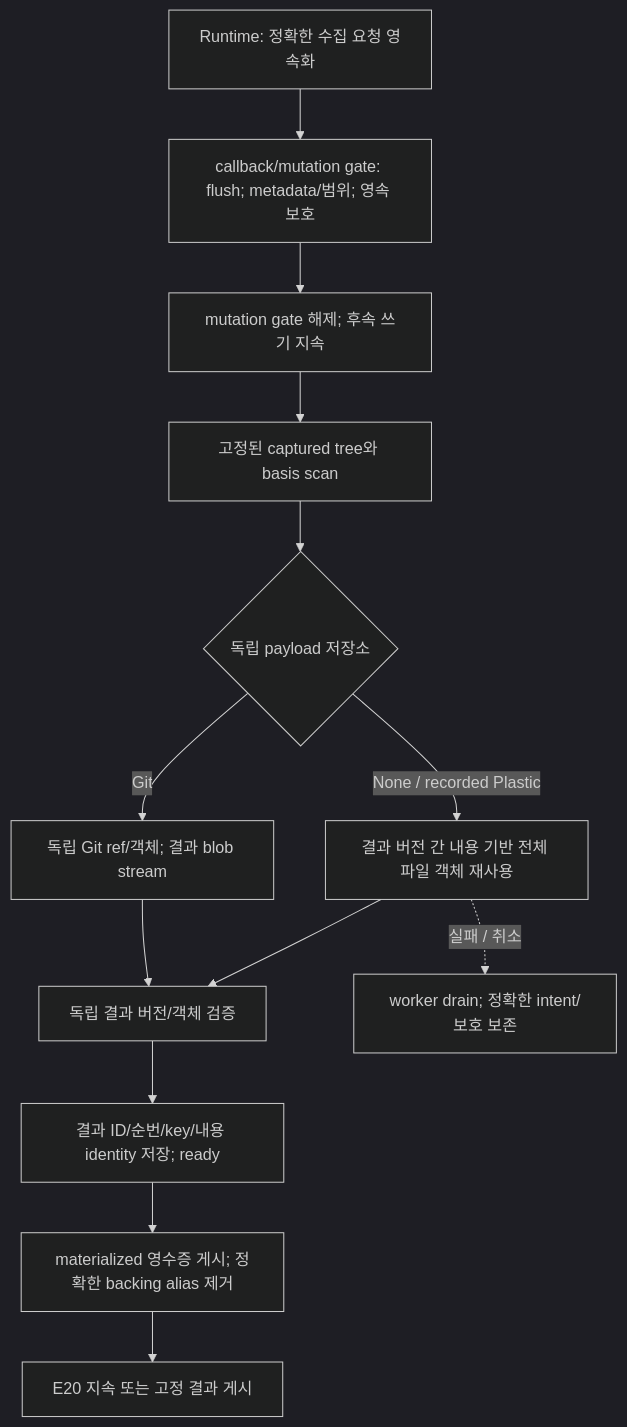
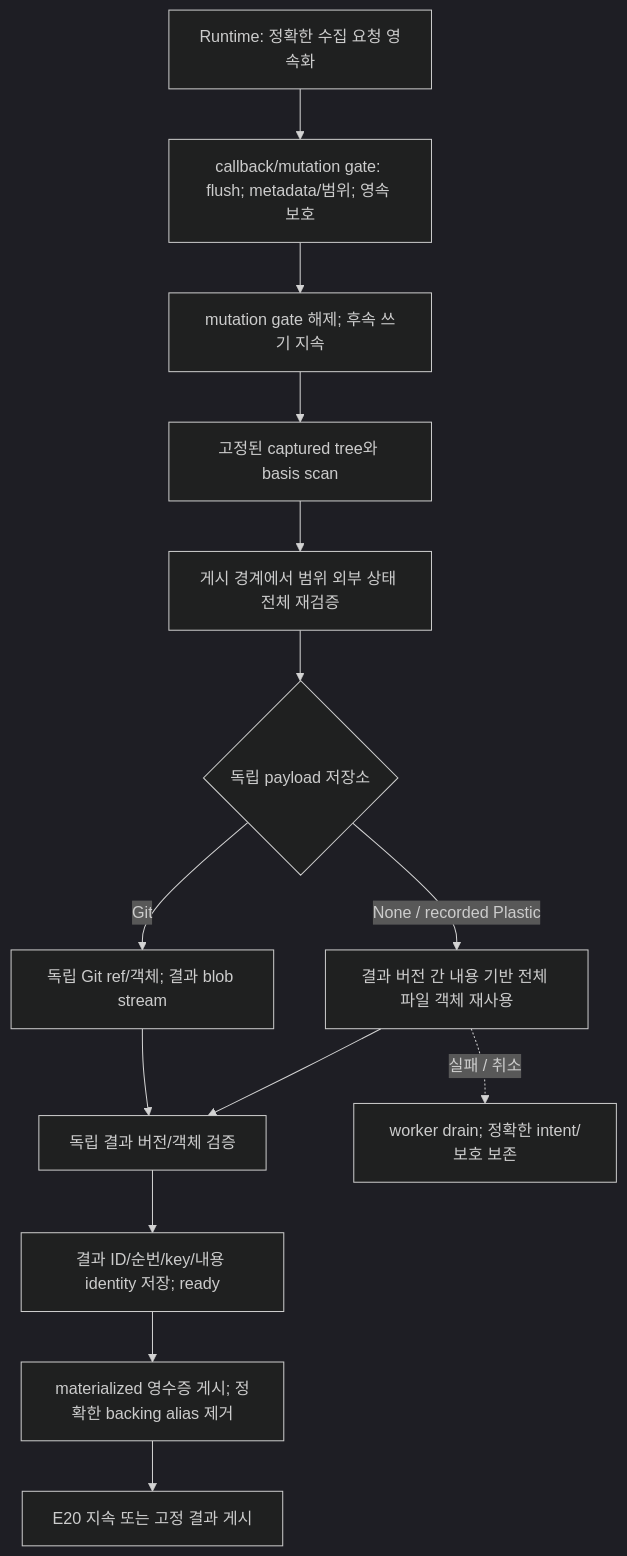
One commit to olivecrow/splinter changed the fifth of 6 diagrams in docs/ko/lifecycle-optimization-map.md. Above: the diagram before and after it, drawn with Mermaid (dark theme). The commit also changed other lines of this file and 23 other files, not shown here.

````diff
--- a/docs/ko/lifecycle-optimization-map.md
+++ b/docs/ko/lifecycle-optimization-map.md
@@ -260,15 +260,16 @@
 ```mermaid
 flowchart TD
   Intent["Runtime: 정확한 수집 요청 영속화"] --> Freeze["callback/mutation gate: flush; metadata/범위; 영속 보호"]
   Freeze --> Continue["mutation gate 해제; 후속 쓰기 지속"]
   Continue --> Scan["고정된 captured tree와 basis scan"]
-  Scan --> Route{"독립 payload 저장소"}
+  Scan --> Boundary["게시 경계에서 범위 외부 상태 전체 재검증"]
+  Boundary --> Route{"독립 payload 저장소"}
   Route -->|Git| Git["독립 Git ref/객체; 결과 blob stream"]
   Route -->|None / recorded Plastic| Files["결과 버전 간 내용 기반 전체 파일 객체 재사용"]
   Git --> Proof["독립 결과 버전/객체 검증"]
   Files --> Proof
   Proof --> Commit["결과 ID/순번/key/내용 identity 저장; ready"]
   Commit --> Unpin["materialized 영수증 게시; 정확한 backing alias 제거"]
   Files -.->|실패 / 취소| Drain["worker drain; 정확한 intent/보호 보존"]
   Unpin --> Next["E20 지속 또는 고정 결과 게시"]
 ```
````
